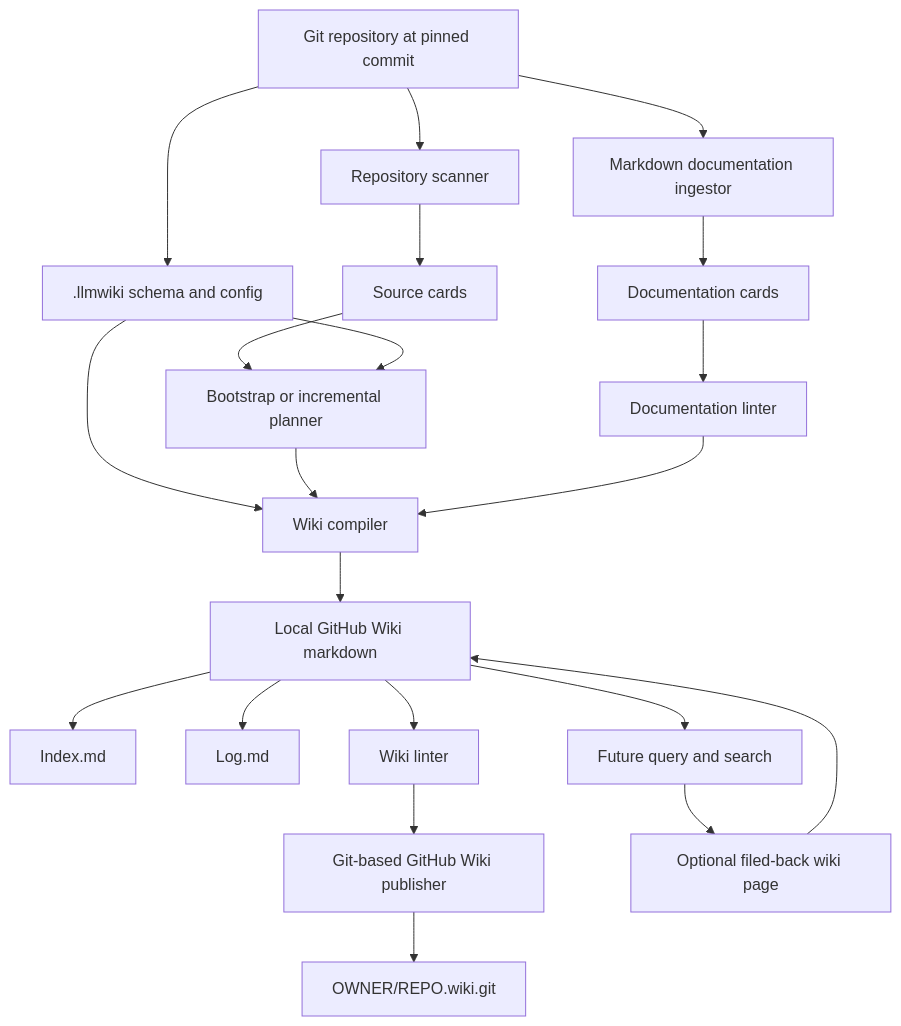
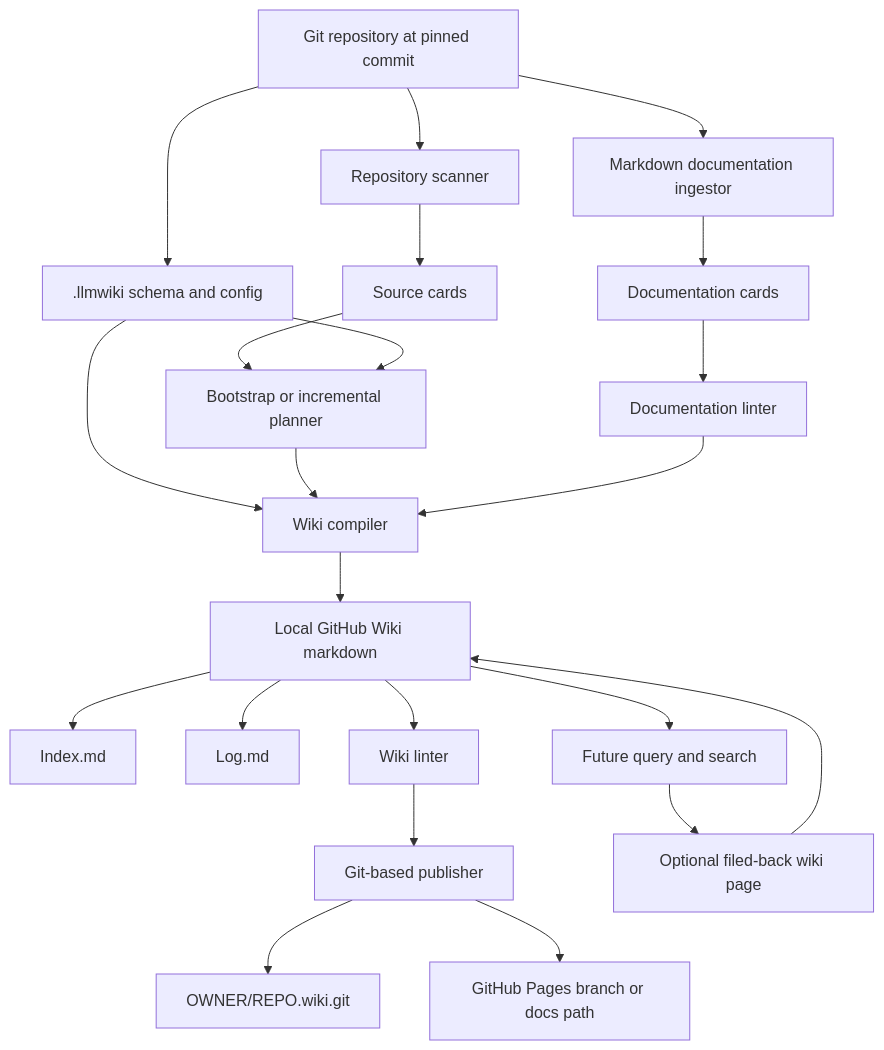
Before and after one commit to mfittko/repo-wiki: the first of 10 diagrams in docs/PLAN.md, drawn with Mermaid. The commit also changed other lines of this file, not shown here.

````diff
--- a/docs/PLAN.md
+++ b/docs/PLAN.md
@@ -85,23 +85,24 @@
 ```mermaid
 flowchart TD
   Repo[Git repository at pinned commit] --> Scanner[Repository scanner]
   Repo --> Docs[Markdown documentation ingestor]
   Repo --> Schema[.llmwiki schema and config]
   Scanner --> Cards[Source cards]
   Docs --> DocCards[Documentation cards]
   Cards --> Planner[Bootstrap or incremental planner]
   DocCards --> DocLint[Documentation linter]
   Schema --> Planner
   Schema --> Compiler[Wiki compiler]
   Planner --> Compiler
   DocLint --> Compiler
   Compiler --> Wiki[Local GitHub Wiki markdown]
   Wiki --> Index[Index.md]
   Wiki --> Log[Log.md]
   Wiki --> WikiLint[Wiki linter]
-  WikiLint --> Publisher[Git-based GitHub Wiki publisher]
+  WikiLint --> Publisher[Git-based publisher]
   Publisher --> GitHubWiki[OWNER/REPO.wiki.git]
+  Publisher --> GitHubPages[GitHub Pages branch or docs path]
   Wiki --> Query[Future query and search]
   Query --> DurableAnswer[Optional filed-back wiki page]
   DurableAnswer --> Wiki
 ```
````
